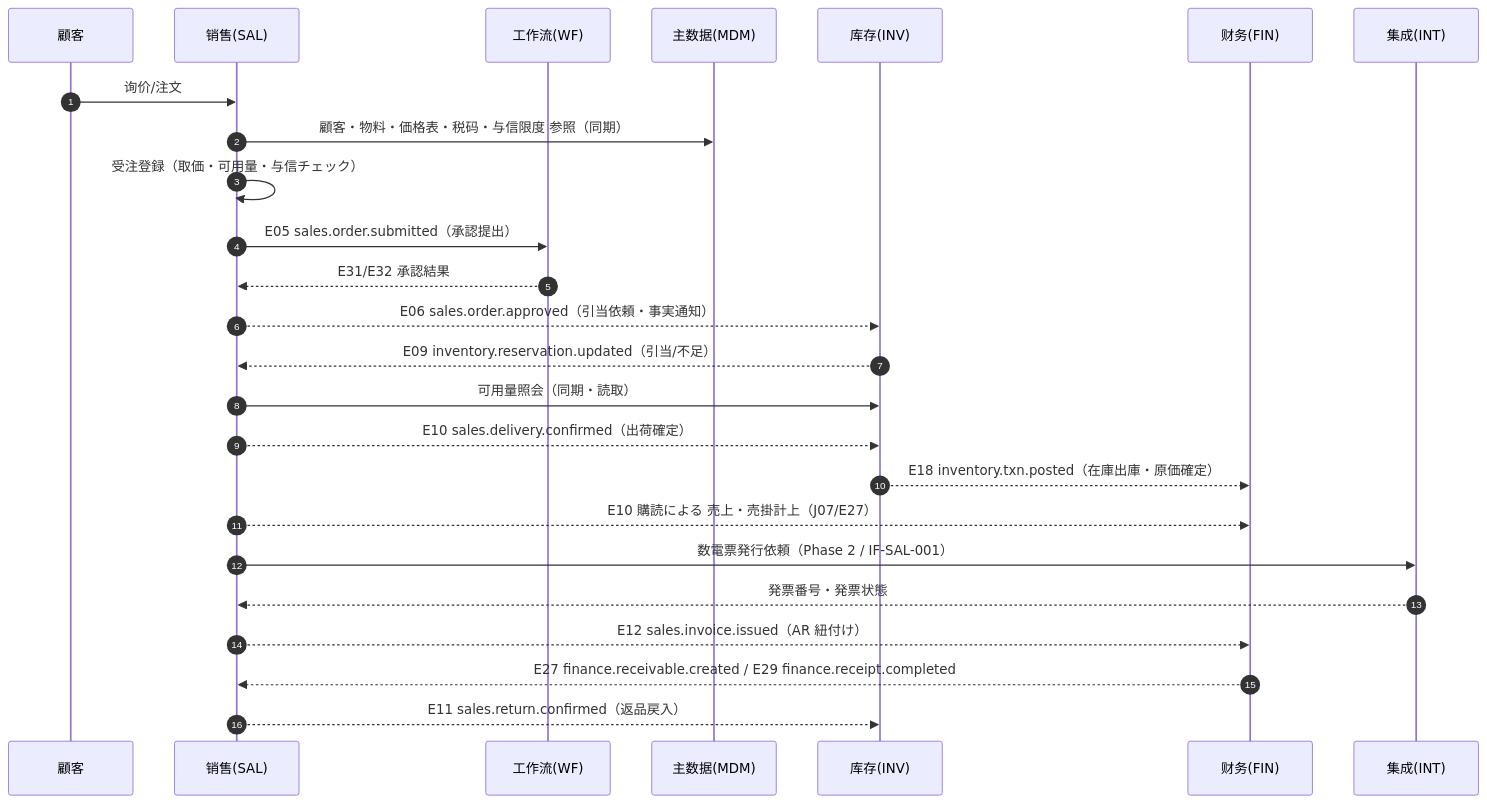
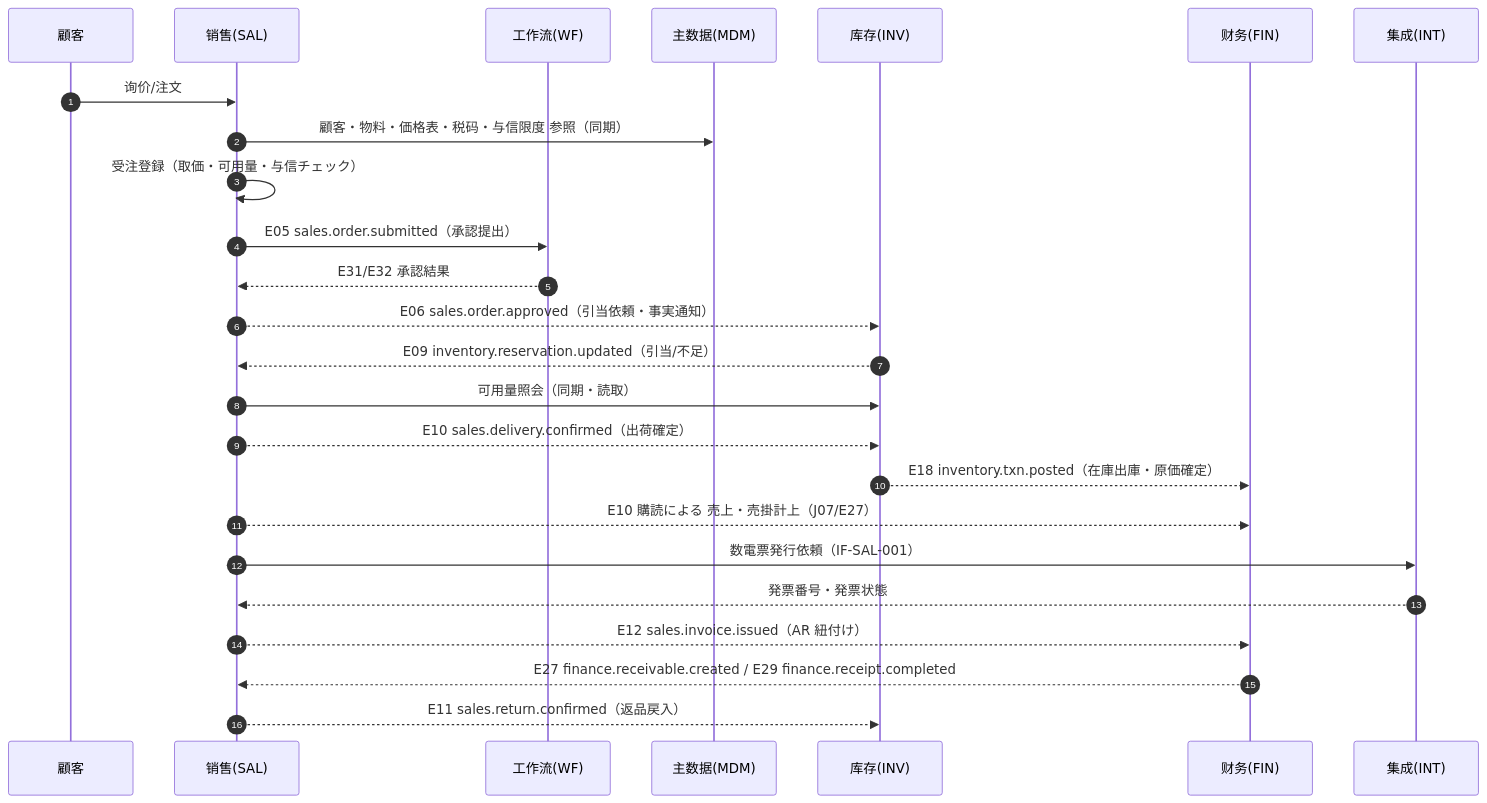
The second of 2 diagrams in docs/design/03-sales/00-overview.md (Akarin7784/stellar-erp), drawn with Mermaid before and after one commit. The commit also changed other lines of this file and 13 other files, not shown here.

````diff
--- a/docs/design/03-sales/00-overview.md
+++ b/docs/design/03-sales/00-overview.md
@@ -145,28 +145,28 @@
 ```mermaid
 sequenceDiagram
     autonumber
     participant CUS as 顧客
     participant SAL as 销售(SAL)
     participant WF as 工作流(WF)
     participant MDM as 主数据(MDM)
     participant INV as 库存(INV)
     participant FIN as 财务(FIN)
     participant INT as 集成(INT)
 
     CUS->>SAL: 询价/注文
     SAL->>MDM: 顧客・物料・価格表・税码・与信限度 参照（同期）
     SAL->>SAL: 受注登録（取価・可用量・与信チェック）
     SAL->>WF: E05 sales.order.submitted（承認提出）
     WF-->>SAL: E31/E32 承認結果
     SAL-->>INV: E06 sales.order.approved（引当依頼・事実通知）
     INV-->>SAL: E09 inventory.reservation.updated（引当/不足）
     SAL->>INV: 可用量照会（同期・読取）
     SAL-->>INV: E10 sales.delivery.confirmed（出荷確定）
     INV-->>FIN: E18 inventory.txn.posted（在庫出庫・原価確定）
     SAL-->>FIN: E10 購読による 売上・売掛計上（J07/E27）
-    SAL->>INT: 数電票発行依頼（Phase 2 / IF-SAL-001）
+    SAL->>INT: 数電票発行依頼（IF-SAL-001）
     INT-->>SAL: 発票番号・発票状態
     SAL-->>FIN: E12 sales.invoice.issued（AR 紐付け）
     FIN-->>SAL: E27 finance.receivable.created / E29 finance.receipt.completed
     SAL-->>INV: E11 sales.return.confirmed（返品戻入）
 ```
````
